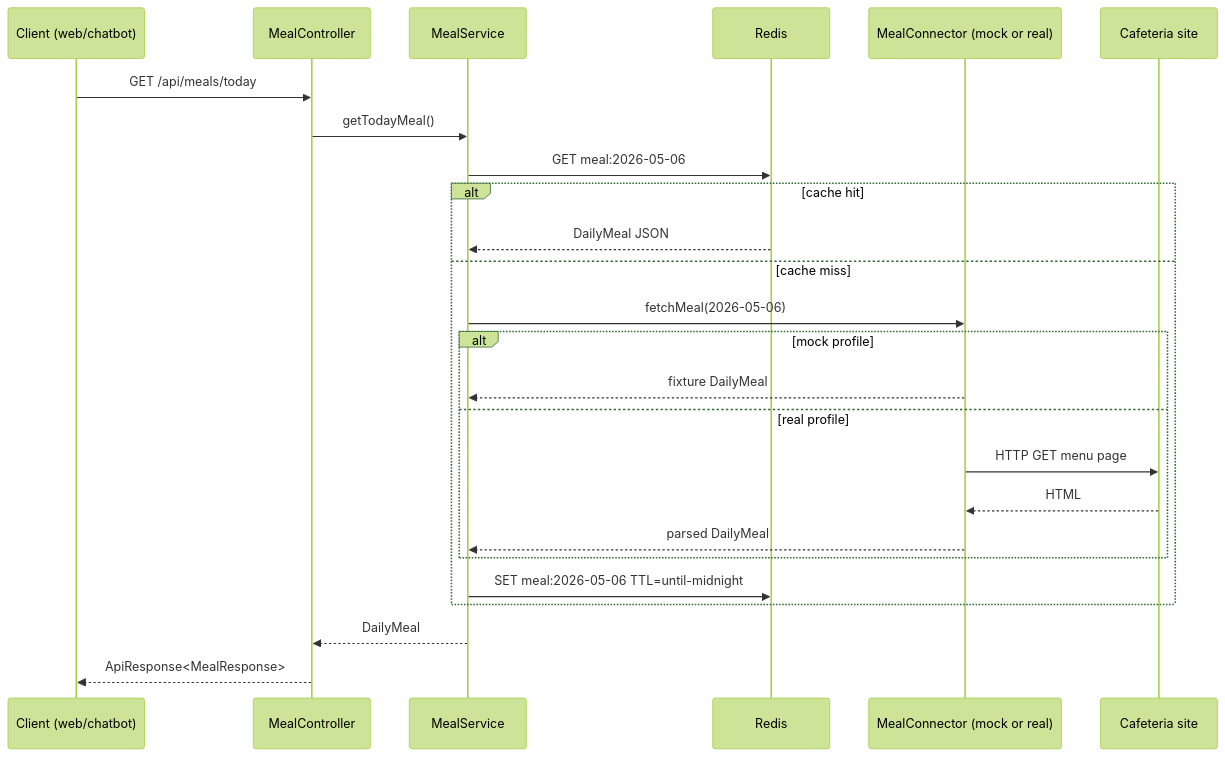
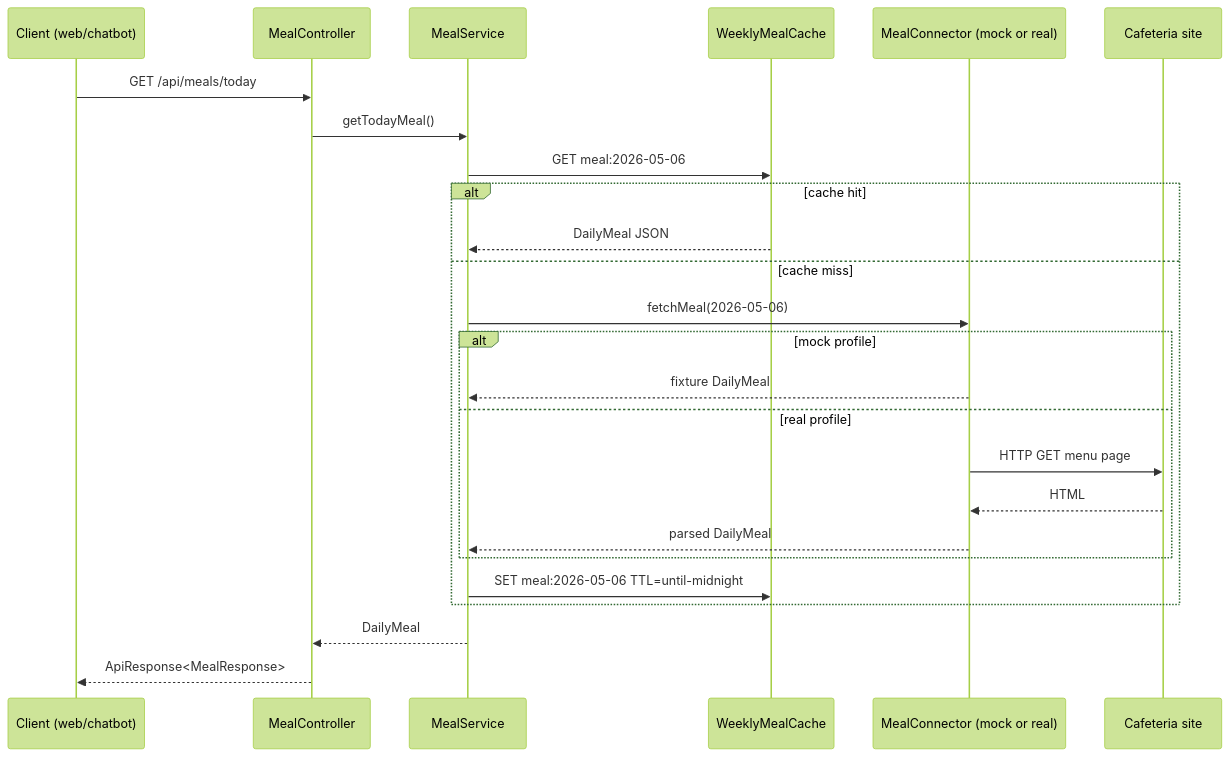
Before and after one commit to hoeongj/ssuMCP: the second of 2 diagrams in docs/architecture.md, drawn with Mermaid (forest theme). The commit also changed other lines of this file and 36 other files, not shown here.

````diff
--- a/docs/architecture.md
+++ b/docs/architecture.md
@@ -429,28 +427,28 @@
 ```mermaid
 sequenceDiagram
     participant C as Client (web/chatbot)
     participant Ctl as MealController
     participant Svc as MealService
-    participant R as Redis
+    participant R as WeeklyMealCache
     participant Conn as MealConnector (mock or real)
     participant Site as Cafeteria site
 
     C->>Ctl: GET /api/meals/today
     Ctl->>Svc: getTodayMeal()
     Svc->>R: GET meal:2026-05-06
     alt cache hit
         R-->>Svc: DailyMeal JSON
     else cache miss
         Svc->>Conn: fetchMeal(2026-05-06)
         alt mock profile
             Conn-->>Svc: fixture DailyMeal
         else real profile
             Conn->>Site: HTTP GET menu page
             Site-->>Conn: HTML
             Conn-->>Svc: parsed DailyMeal
         end
         Svc->>R: SET meal:2026-05-06 TTL=until-midnight
     end
     Svc-->>Ctl: DailyMeal
     Ctl-->>C: ApiResponse<MealResponse>
 ```
````
